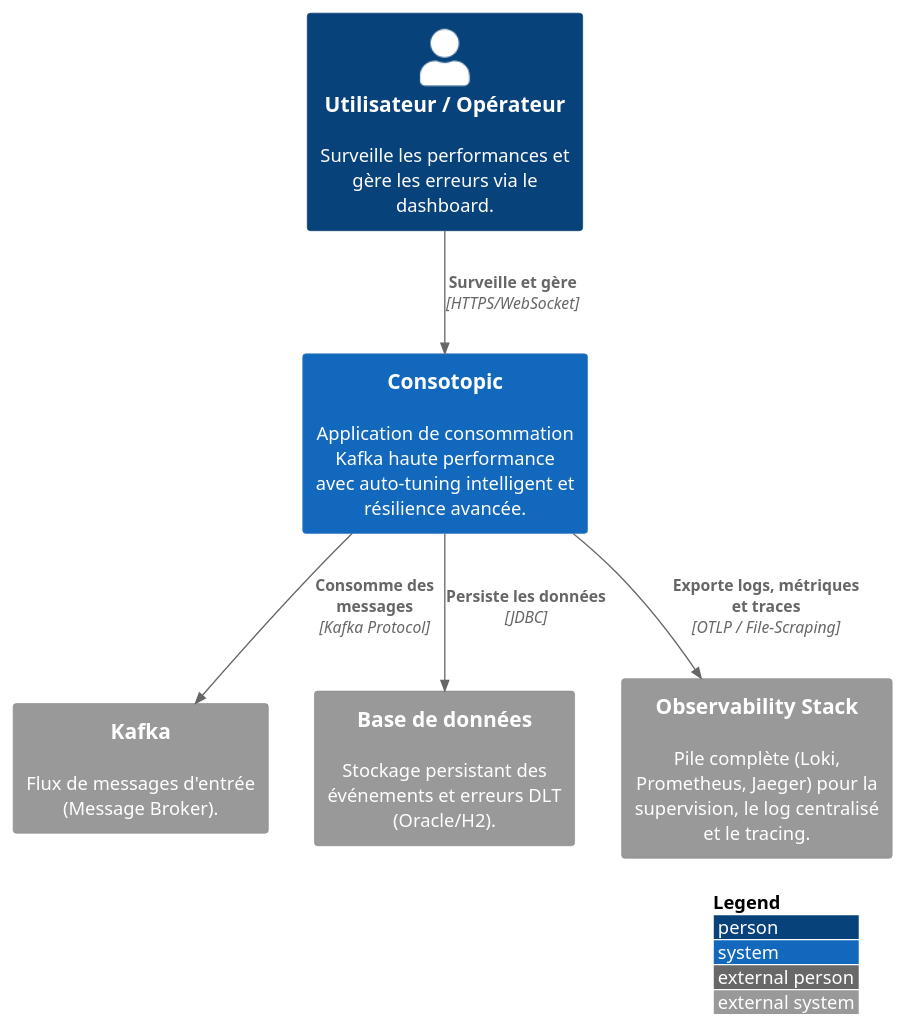
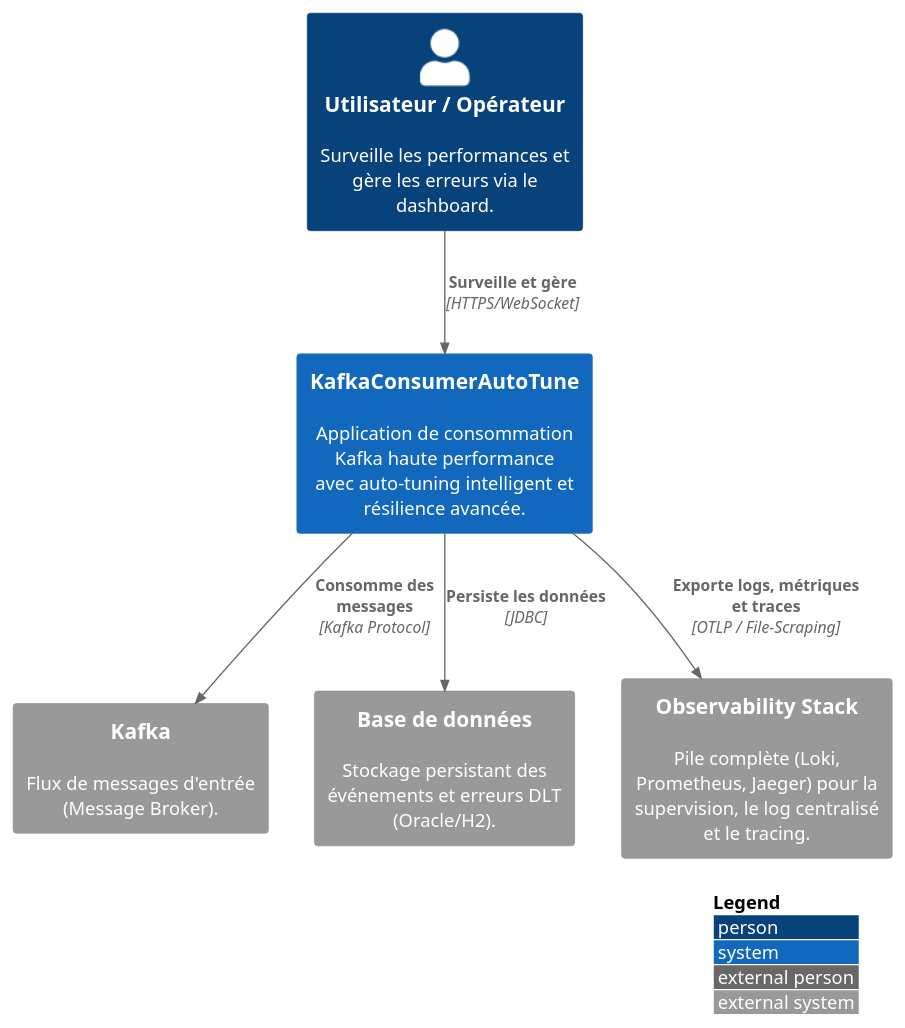
The first of 3 diagrams in docs/c4-models.md (devdownin/kafkaconsumerautotune), drawn with PlantUML before and after one commit. The commit also changed other lines of this file and 9 other files, not shown here.

````diff
--- a/docs/c4-models.md
+++ b/docs/c4-models.md
@@ -11,19 +11,19 @@
 ```puml
 @startuml C4_Elements
 !include https://raw.githubusercontent.com/plantuml-stdlib/C4-PlantUML/master/C4_Context.puml
 
 LAYOUT_WITH_LEGEND()
 
 Person(user, "Utilisateur / Opérateur", "Surveille les performances et gère les erreurs via le dashboard.")
-System(consotopic, "Consotopic", "Application de consommation Kafka haute performance avec auto-tuning intelligent et résilience avancée.")
+System(kafkaconsumerautotune, "KafkaConsumerAutoTune", "Application de consommation Kafka haute performance avec auto-tuning intelligent et résilience avancée.")
 
 System_Ext(kafka, "Kafka", "Flux de messages d'entrée (Message Broker).")
 System_Ext(database, "Base de données", "Stockage persistant des événements et erreurs DLT (Oracle/H2).")
 System_Ext(otel_stack, "Observability Stack", "Pile complète (Loki, Prometheus, Jaeger) pour la supervision, le log centralisé et le tracing.")
 
-Rel(user, consotopic, "Surveille et gère", "HTTPS/WebSocket")
-Rel(consotopic, kafka, "Consomme des messages", "Kafka Protocol")
-Rel(consotopic, database, "Persiste les données", "JDBC")
-Rel(consotopic, otel_stack, "Exporte logs, métriques et traces", "OTLP / File-Scraping")
+Rel(user, kafkaconsumerautotune, "Surveille et gère", "HTTPS/WebSocket")
+Rel(kafkaconsumerautotune, kafka, "Consomme des messages", "Kafka Protocol")
+Rel(kafkaconsumerautotune, database, "Persiste les données", "JDBC")
+Rel(kafkaconsumerautotune, otel_stack, "Exporte logs, métriques et traces", "OTLP / File-Scraping")
 @enduml
 ```
````
